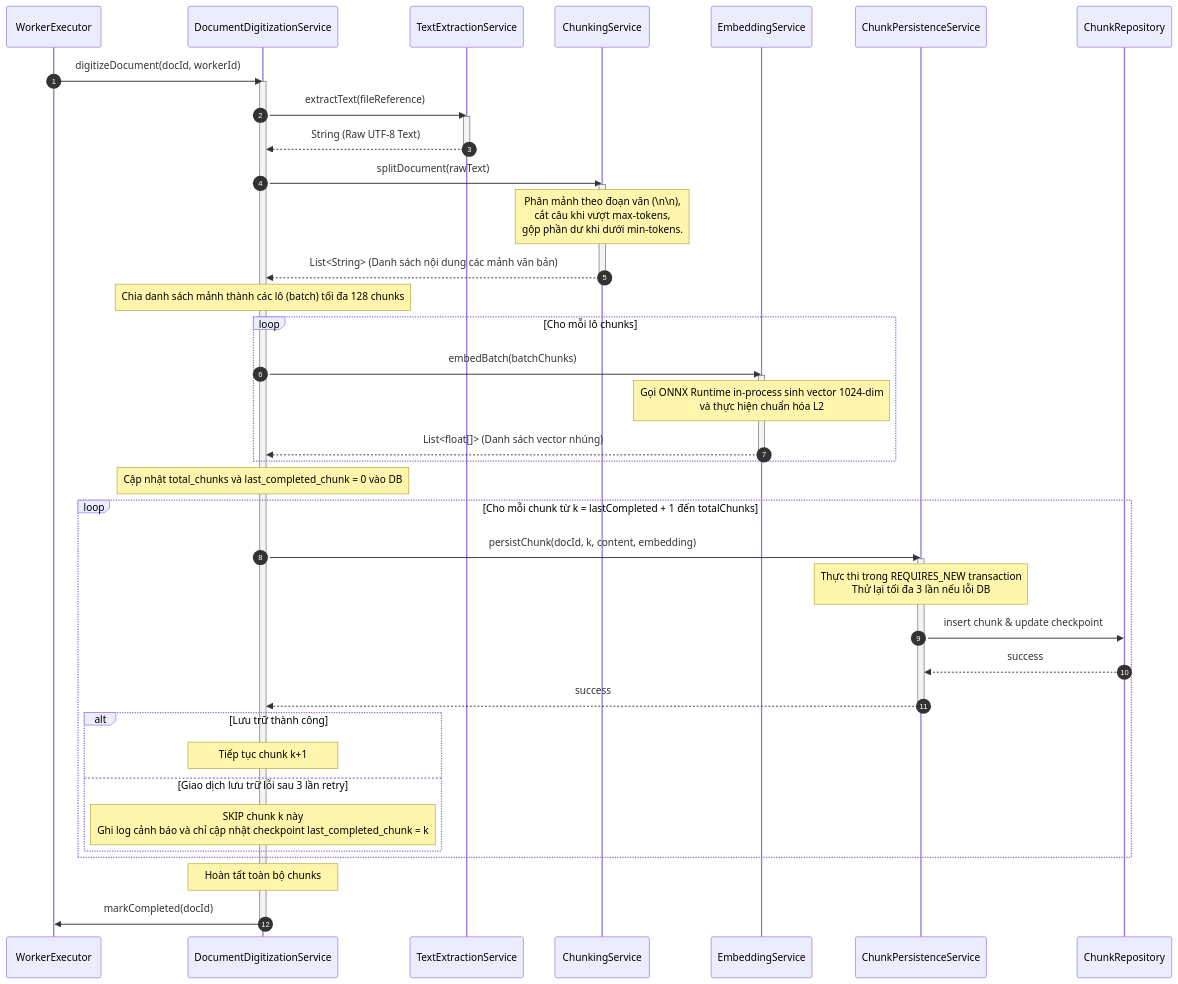
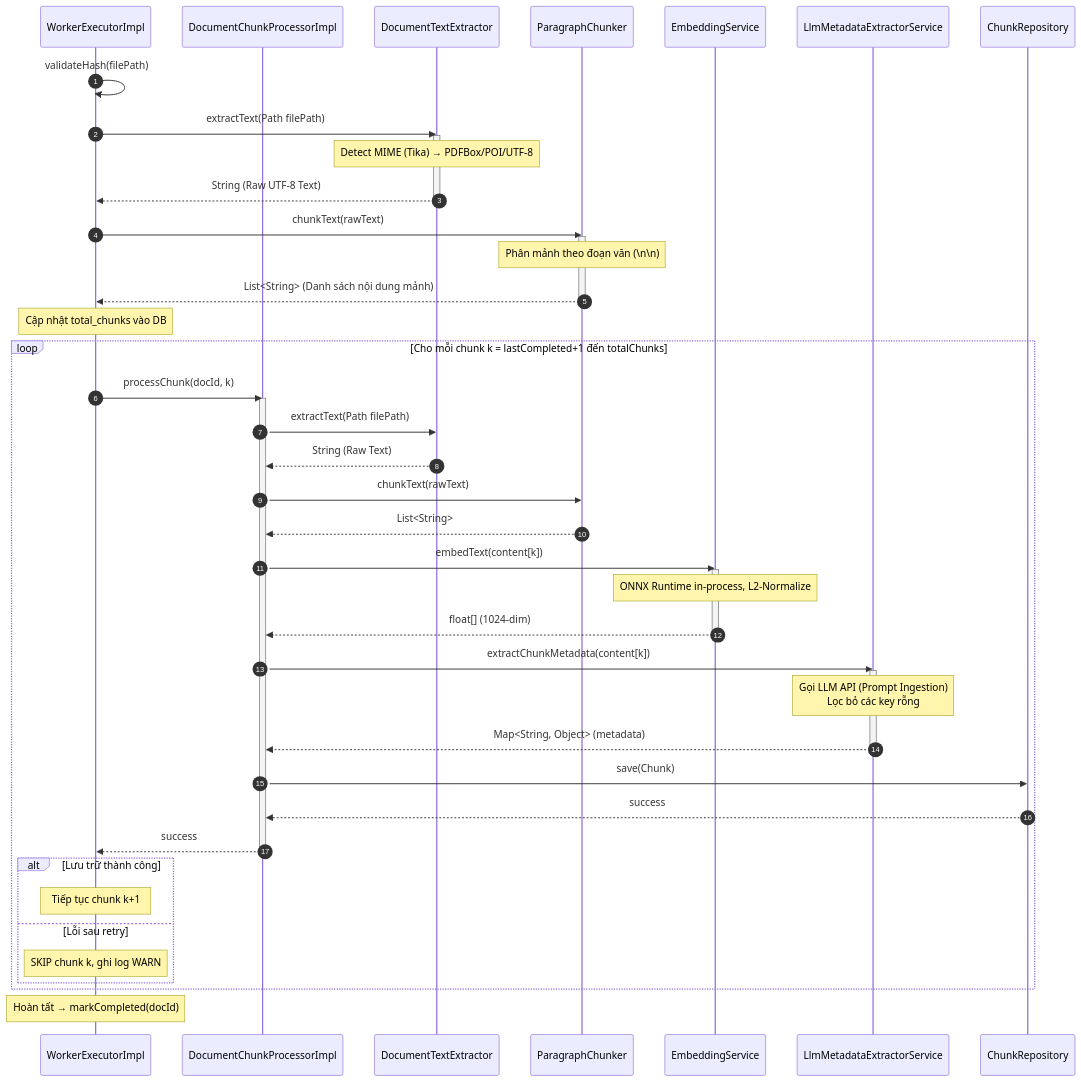
The second of 5 diagrams in eap/docs/week4/DetailedDesign.md (thanhhuong1523/enterprise-ai-systems), drawn with Mermaid before and after one commit. The commit also changed other lines of this file and 87 other files, not shown here.

````diff
--- a/eap/docs/week4/DetailedDesign.md
+++ b/eap/docs/week4/DetailedDesign.md
@@ -113,57 +135,57 @@
 ```mermaid
 sequenceDiagram
     autonumber
-    participant W as WorkerExecutor
-    participant DS as DocumentDigitizationService
-    participant TE as TextExtractionService
-    participant CS as ChunkingService
+    participant W as WorkerExecutorImpl
+    participant CP as DocumentChunkProcessorImpl
+    participant TE as DocumentTextExtractor
+    participant CS as ParagraphChunker
     participant ES as EmbeddingService
-    participant PS as ChunkPersistenceService
+    participant LLM as LlmMetadataExtractorService
     participant R as ChunkRepository
 
-    W->>DS: digitizeDocument(docId, workerId)
-    activate DS
-    
-    DS->>TE: extractText(fileReference)
+    W->>W: validateHash(filePath)
+    W->>TE: extractText(Path filePath)
     activate TE
-    TE-->>DS: String (Raw UTF-8 Text)
+    Note over TE: Detect MIME (Tika) → PDFBox/POI/UTF-8
+    TE-->>W: String (Raw UTF-8 Text)
     deactivate TE
-    
-    DS->>CS: splitDocument(rawText)
+
+    W->>CS: chunkText(rawText)
     activate CS
-    Note over CS: Phân mảnh theo đoạn văn (\n\n),<br/>cắt câu khi vượt max-tokens,<br/>gộp phần dư khi dưới min-tokens.
-    CS-->>DS: List<String> (Danh sách nội dung các mảnh văn bản)
+    Note over CS: Phân mảnh theo đoạn văn (\n\n)
+    CS-->>W: List<String> (Danh sách nội dung mảnh)
     deactivate CS
 
-    Note over DS: Chia danh sách mảnh thành các lô (batch) tối đa 128 chunks
-    
-    loop Cho mỗi lô chunks
-        DS->>ES: embedBatch(batchChunks)
+    Note over W: Cập nhật total_chunks vào DB
+
+    loop Cho mỗi chunk k = lastCompleted+1 đến totalChunks
+        W->>CP: processChunk(docId, k)
+        activate CP
+        CP->>TE: extractText(Path filePath)
+        TE-->>CP: String (Raw Text)
+        CP->>CS: chunkText(rawText)
+        CS-->>CP: List<String>
+        CP->>ES: embedText(content[k])
         activate ES
-        Note over ES: Gọi ONNX Runtime in-process sinh vector 1024-dim<br/>và thực hiện chuẩn hóa L2
-        ES-->>DS: List<float[]> (Danh sách vector nhúng)
+        Note over ES: ONNX Runtime in-process, L2-Normalize
+        ES-->>CP: float[] (1024-dim)
         deactivate ES
+        CP->>LLM: extractChunkMetadata(content[k])
+        activate LLM
+        Note over LLM: Gọi LLM API (Prompt Ingestion)<br/>Lọc bỏ các key rỗng
+        LLM-->>CP: Map<String, Object> (metadata)
+        deactivate LLM
+        CP->>R: save(Chunk)
+        R-->>CP: success
+        CP-->>W: success
+        deactivate CP
+
+        alt Lưu trữ thành công
+            Note over W: Tiếp tục chunk k+1
+        else Lỗi sau retry
+            Note over W: SKIP chunk k, ghi log WARN
+        end
     end
 
-    Note over DS: Cập nhật total_chunks và last_completed_chunk = 0 vào DB
-    
-    loop Cho mỗi chunk từ k = lastCompleted + 1 đến totalChunks
-        DS->>PS: persistChunk(docId, k, content, embedding)
-        activate PS
-        Note over PS: Thực thi trong REQUIRES_NEW transaction<br/>Thử lại tối đa 3 lần nếu lỗi DB
-        PS->>R: insert chunk & update checkpoint
-        R-->>PS: success
-        PS-->>DS: success
-        deactivate PS
-        
-        alt Lưu trữ thành công
-            Note over DS: Tiếp tục chunk k+1
-        else Giao dịch lưu trữ lỗi sau 3 lần retry
-            Note over DS: SKIP chunk k này<br/>Ghi log cảnh báo và chỉ cập nhật checkpoint last_completed_chunk = k
-        end
-    end
-    
-    Note over DS: Hoàn tất toàn bộ chunks
-    DS->>W: markCompleted(docId)
-    deactivate DS
+    Note over W: Hoàn tất → markCompleted(docId)
 ```
````
